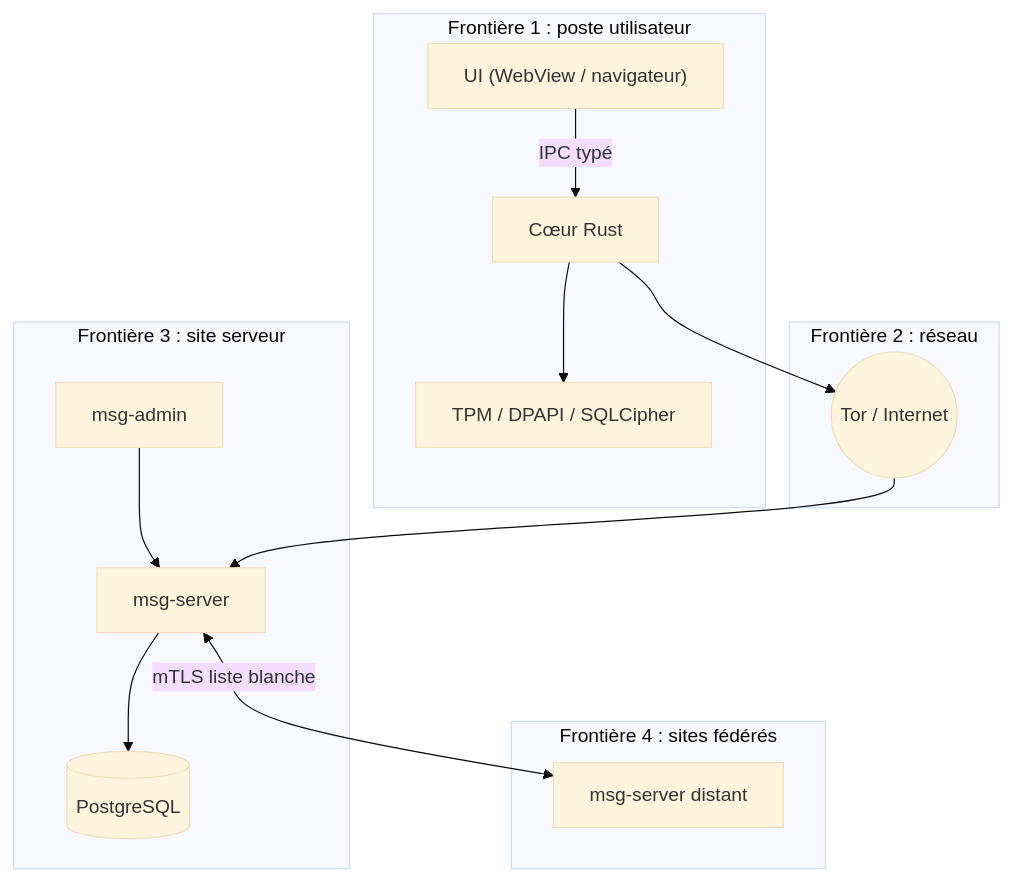
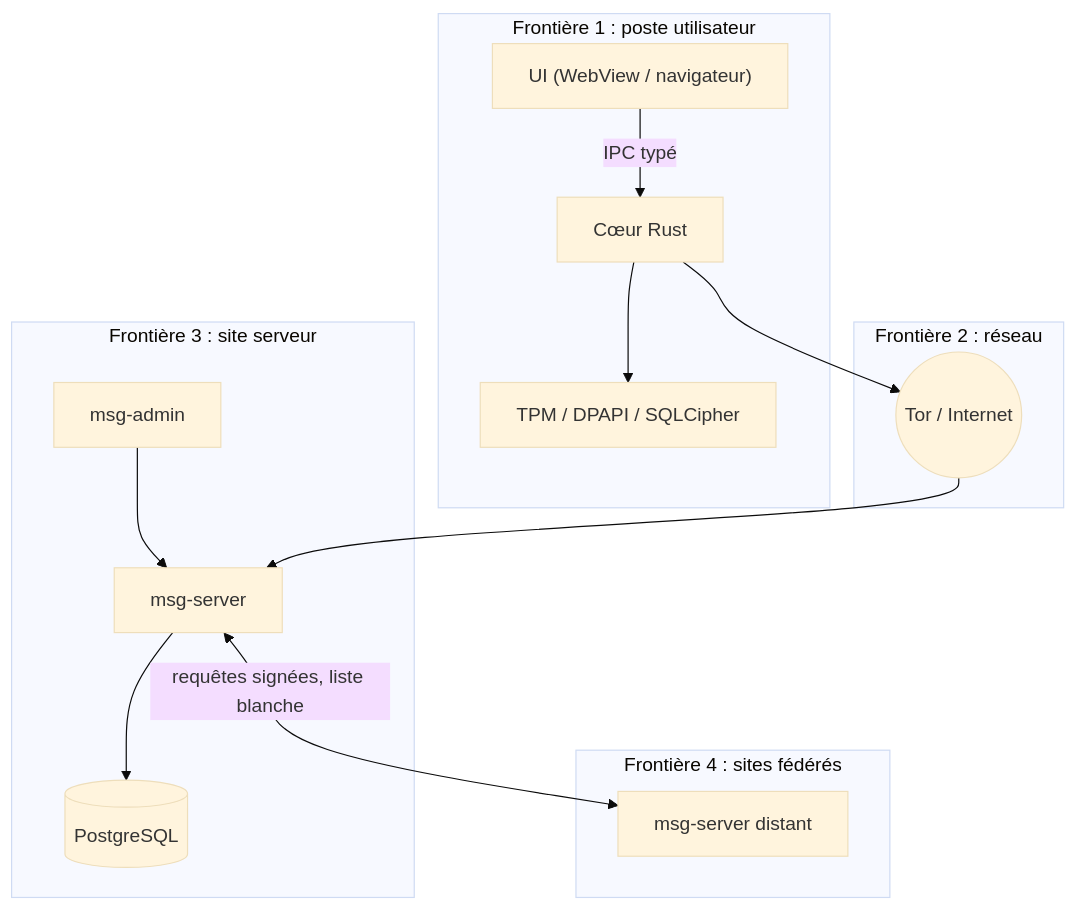
Before and after one commit to N4ole/messagerie: the diagram in docs/conception/03-modele-de-menace.md, drawn with Mermaid (base theme). The commit also changed other lines of this file and 13 other files, not shown here.

````diff
--- a/docs/conception/03-modele-de-menace.md
+++ b/docs/conception/03-modele-de-menace.md
@@ -32,19 +32,19 @@
 ```mermaid
 flowchart TB
   subgraph TB1["Frontière 1 : poste utilisateur"]
     UI["UI (WebView / navigateur)"] -->|IPC typé| CORE["Cœur Rust"]
     CORE --> KS["TPM / DPAPI / SQLCipher"]
   end
   subgraph TB2["Frontière 2 : réseau"]
     NET(("Tor / Internet"))
   end
   subgraph TB3["Frontière 3 : site serveur"]
     API["msg-server"] --> DB[("PostgreSQL")]
     ADM["msg-admin"] --> API
   end
   subgraph TB4["Frontière 4 : sites fédérés"]
     FED["msg-server distant"]
   end
   CORE --> NET --> API
-  API <-->|mTLS liste blanche| FED
+  API <-->|requêtes signées, liste blanche| FED
 ```
````
